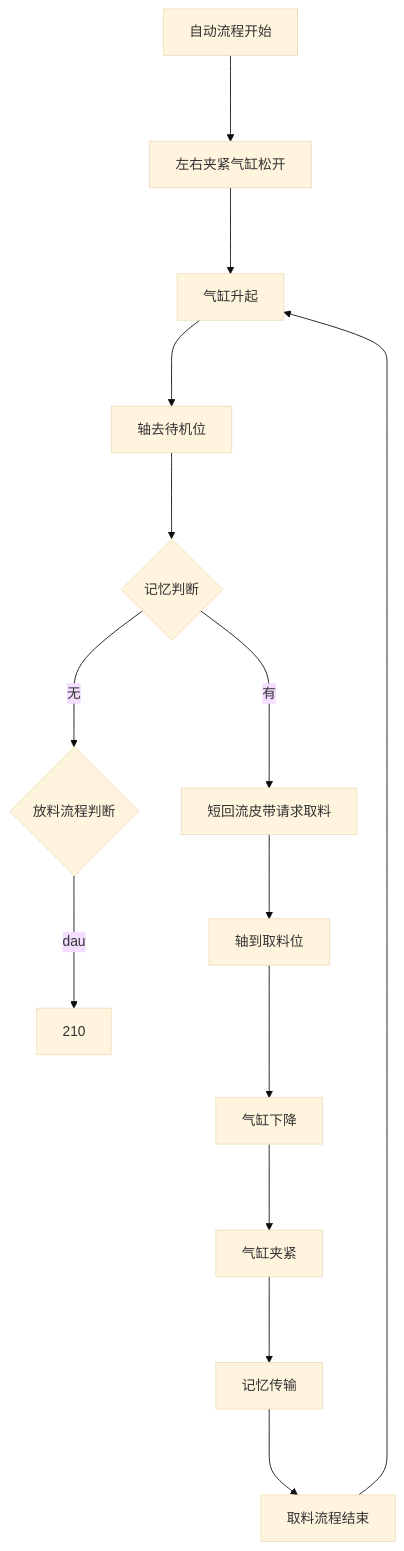
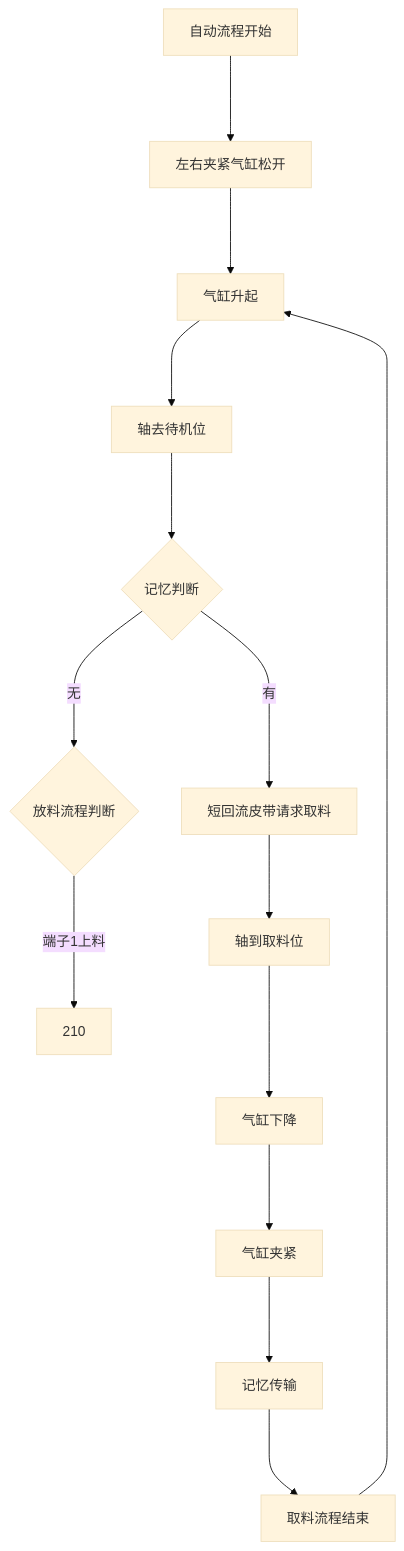
The diagram in all/OP70工位3左载具搬运.md (zmq000/iodraw-files), drawn with Mermaid (base theme) before and after one commit.

Commit message:
2026-06-17 16:46:53 update

````diff
--- a/all/OP70工位3左载具搬运.md
+++ b/all/OP70工位3左载具搬运.md
@@ -1,17 +1,18 @@
 ```mermaid
 graph TD
   自动流程开始--->10
   10[左右夹紧气缸松开]--->20
   20[气缸升起]--->30
   30[轴去待机位]--->40
   40{记忆判断}--->|有|100
   40--->|无|200
   100[短回流皮带请求取料]-->110
   110[轴到取料位]--->120
   120[气缸下降]--->130
   130[气缸夹紧]--->140
   140[记忆传输]--->150
   150[取料流程结束]--->20
-  200{放料流程判断}--->|dau|210
+  200{放料流程判断}--->|端子1上料|210
+  
 
 ```
````
